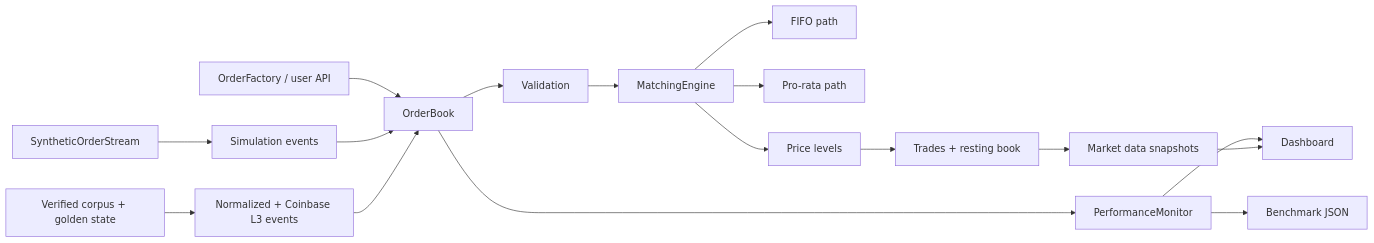
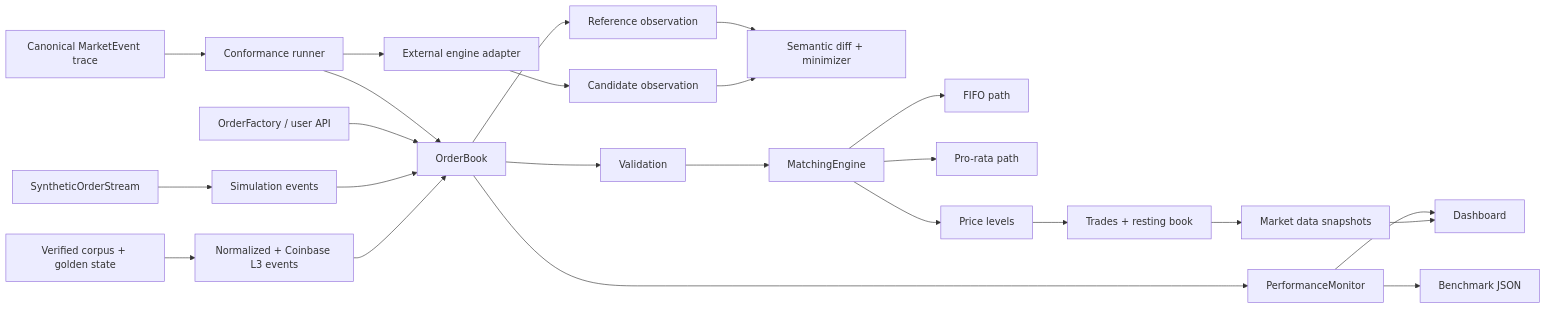
One commit to Taz33m/tracebook changed the diagram in README.md. Above: the diagram before and after it, drawn with Mermaid. The commit also changed other lines of this file and 40 other files, not shown here.

Commit message:
feat: add matching-engine conformance lab

````diff
--- a/README.md
+++ b/README.md
@@ -125,19 +131,26 @@
 ```mermaid
 flowchart LR
+    P["Canonical MarketEvent trace"] --> Q["Conformance runner"]
+    Q --> B
+    Q --> R["External engine adapter"]
+    B --> S["Reference observation"]
+    R --> T["Candidate observation"]
+    S --> U["Semantic diff + minimizer"]
+    T --> U
     A["OrderFactory / user API"] --> B["OrderBook"]
     B --> C["Validation"]
     C --> D["MatchingEngine"]
     D --> E1["FIFO path"]
     D --> E2["Pro-rata path"]
     D --> F["Price levels"]
     F --> G["Trades + resting book"]
     G --> H["Market data snapshots"]
     I["SyntheticOrderStream"] --> J["Simulation events"]
     J --> B
     N["Normalized + Coinbase L3 events"] --> B
     O["Verified corpus + golden state"] --> N
     B --> K["PerformanceMonitor"]
     K --> L["Benchmark JSON"]
     K --> M["Dashboard"]
     H --> M
 ```
````
